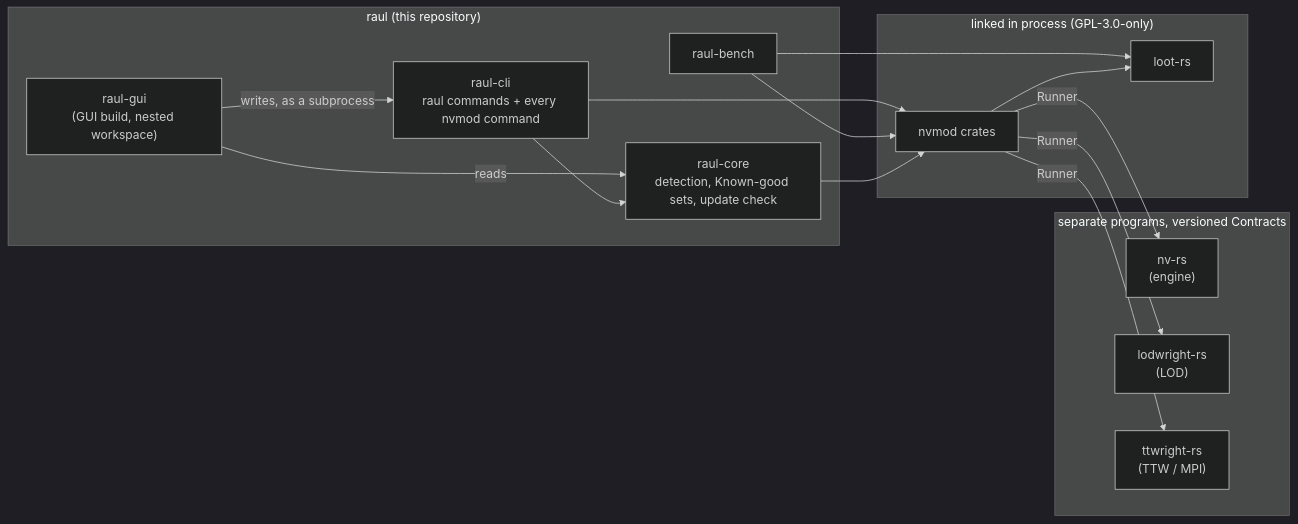
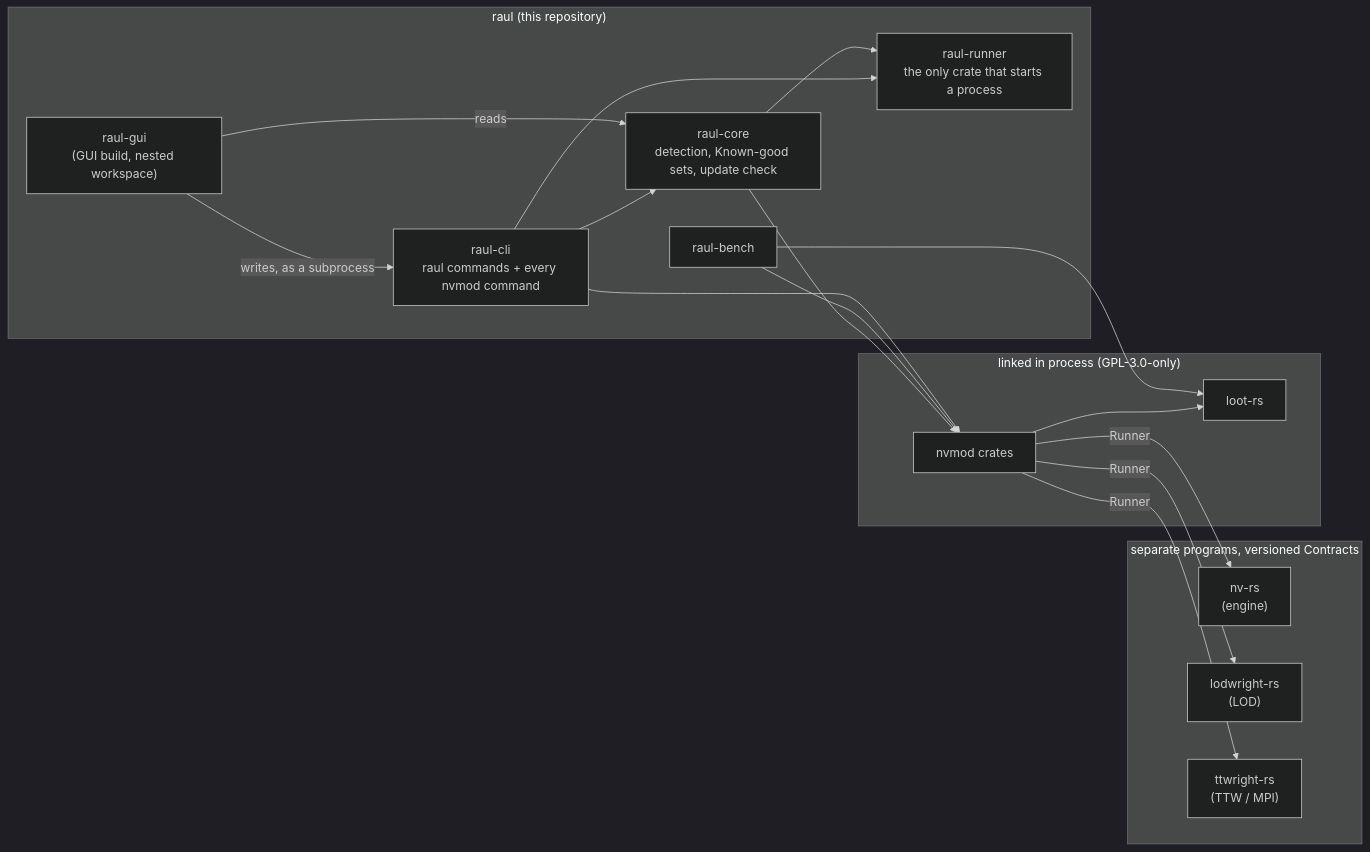
Before and after one commit to JorisJonkers-dev/rauls-trusty-toolbox: the second of 2 diagrams in docs/ARCHITECTURE.md, drawn with Mermaid (dark theme). The commit also changed other lines of this file and 7 other files, not shown here.

First line of the commit message:
feat(runner): make raul-runner the only Toolbox crate that starts a process

````diff
--- a/docs/ARCHITECTURE.md
+++ b/docs/ARCHITECTURE.md
@@ -53,29 +54,32 @@
 ```mermaid
 flowchart LR
   subgraph raul["raul (this repository)"]
     gui["raul-gui<br/>(GUI build, nested workspace)"]
     cli["raul-cli<br/>raul commands + every nvmod command"]
     core["raul-core<br/>detection, Known-good sets, update check"]
     bench["raul-bench"]
+    runner["raul-runner<br/>the only crate that starts a process"]
   end
   subgraph linked["linked in process (GPL-3.0-only)"]
     nvmod["nvmod crates"]
     loot["loot-rs"]
   end
   subgraph procs["separate programs, versioned Contracts"]
     nvrs["nv-rs<br/>(engine)"]
     lod["lodwright-rs<br/>(LOD)"]
     ttw["ttwright-rs<br/>(TTW / MPI)"]
   end
   gui -- reads --> core
   gui -- writes, as a subprocess --> cli
   cli --> core
   cli --> nvmod
   bench --> nvmod
   bench --> loot
   core --> nvmod
+  core --> runner
+  cli --> runner
   nvmod --> loot
   nvmod -- Runner --> nvrs
   nvmod -- Runner --> lod
   nvmod -- Runner --> ttw
 ```
````
